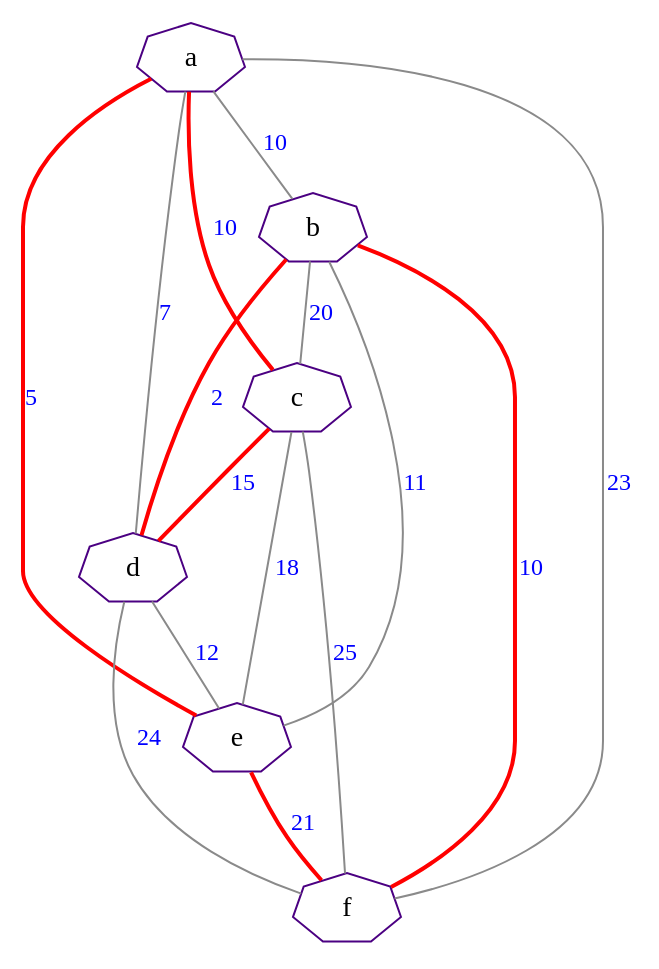
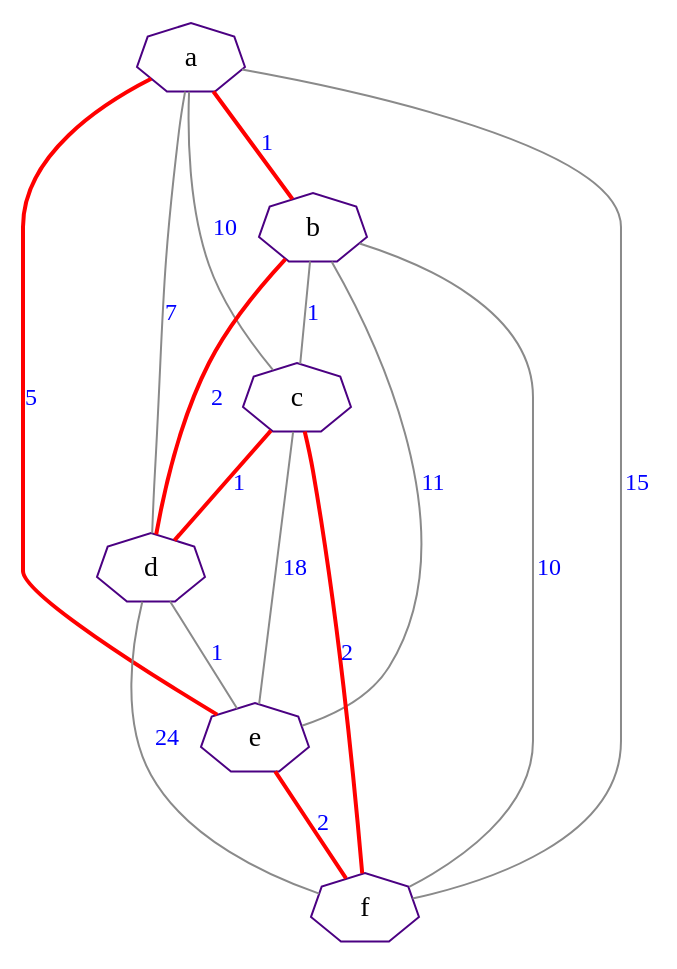
Before and after one commit to Sunshine-ki/BMSTU5_AA: the diagram in lab_06/src/result/result.gv, drawn with Graphviz. The commit also changed 8 other files, not shown here.

```diff
--- a/lab_06/src/result/result.gv
+++ b/lab_06/src/result/result.gv
@@ -1,21 +1,21 @@
 graph G
 {
     edge[color="gray54",fontcolor="blue",fontsize=12, len=3];
     node[color="indigo",fontsize=14, shape="septagon"];
 
-    a -- b [label="10"];
-    a -- c [label="10", color=red, penwidth=2.0];
-    b -- c [label="20"];
+    a -- b [label="1", color=red, penwidth=2.0];
+    a -- c [label="10"];
+    b -- c [label="1"];
     a -- d [label="7"];
     b -- d [label="2", color=red, penwidth=2.0];
-    c -- d [label="15", color=red, penwidth=2.0];
+    c -- d [label="1", color=red, penwidth=2.0];
     a -- e [label="5", color=red, penwidth=2.0];
     b -- e [label="11"];
     c -- e [label="18"];
-    d -- e [label="12"];
-    a -- f [label="23"];
-    b -- f [label="10", color=red, penwidth=2.0];
-    c -- f [label="25"];
+    d -- e [label="1"];
+    a -- f [label="15"];
+    b -- f [label="10"];
+    c -- f [label="2", color=red, penwidth=2.0];
     d -- f [label="24"];
-    e -- f [label="21", color=red, penwidth=2.0];
+    e -- f [label="2", color=red, penwidth=2.0];
 }
```
